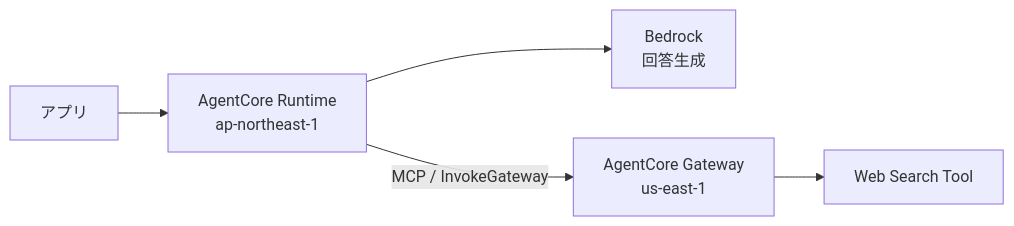
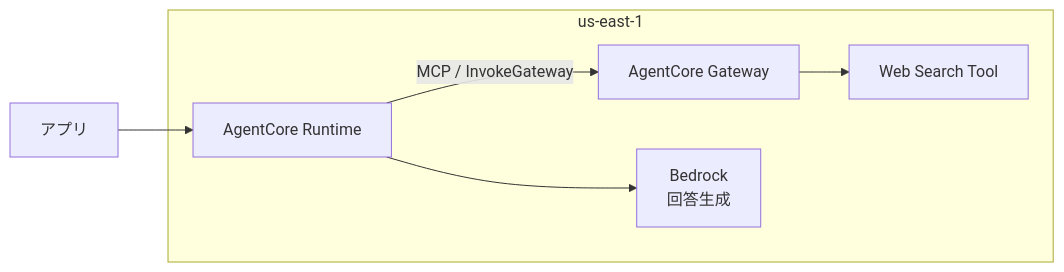
Before and after one commit to h-akira/TouringProject: the diagram in pre-research/websearch/README.md, drawn with Mermaid. The commit also changed other lines of this file and 5 other files, not shown here.

````diff
--- a/pre-research/websearch/README.md
+++ b/pre-research/websearch/README.md
@@ -19,7 +20,12 @@
 ```mermaid
 flowchart LR
-    A["アプリ"] --> R["AgentCore Runtime<br/>ap-northeast-1"]
-    R --> B["Bedrock<br/>回答生成"]
-    R -->|"MCP / InvokeGateway"| G["AgentCore Gateway<br/>us-east-1"]
-    G --> W["Web Search Tool"]
+    subgraph T["us-east-1"]
+      R["AgentCore Runtime"]
+      G["AgentCore Gateway"]
+      W["Web Search Tool"]
+      R --> B["Bedrock<br/>回答生成"]
+      R -->|"MCP / InvokeGateway"| G
+      G --> W
+    end
+    A["アプリ"] --> R
 ```
````
